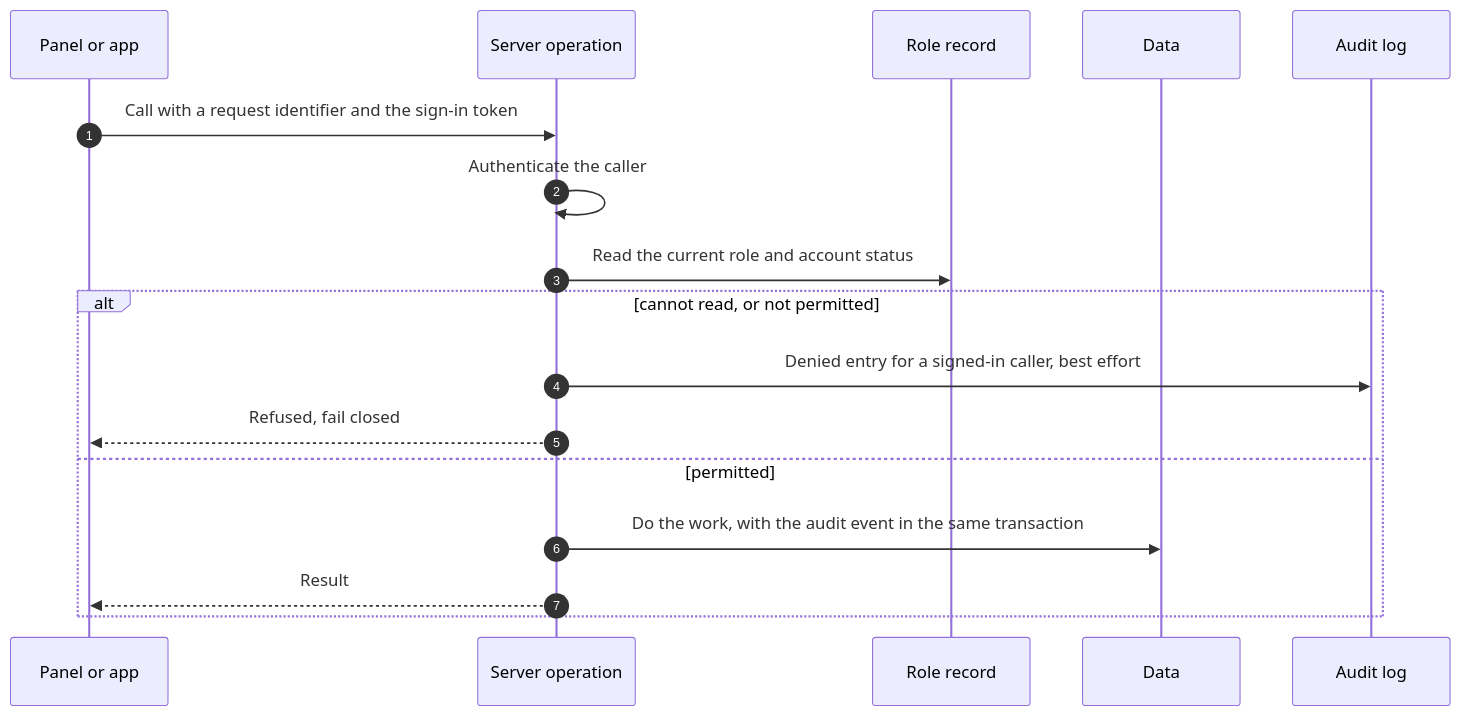
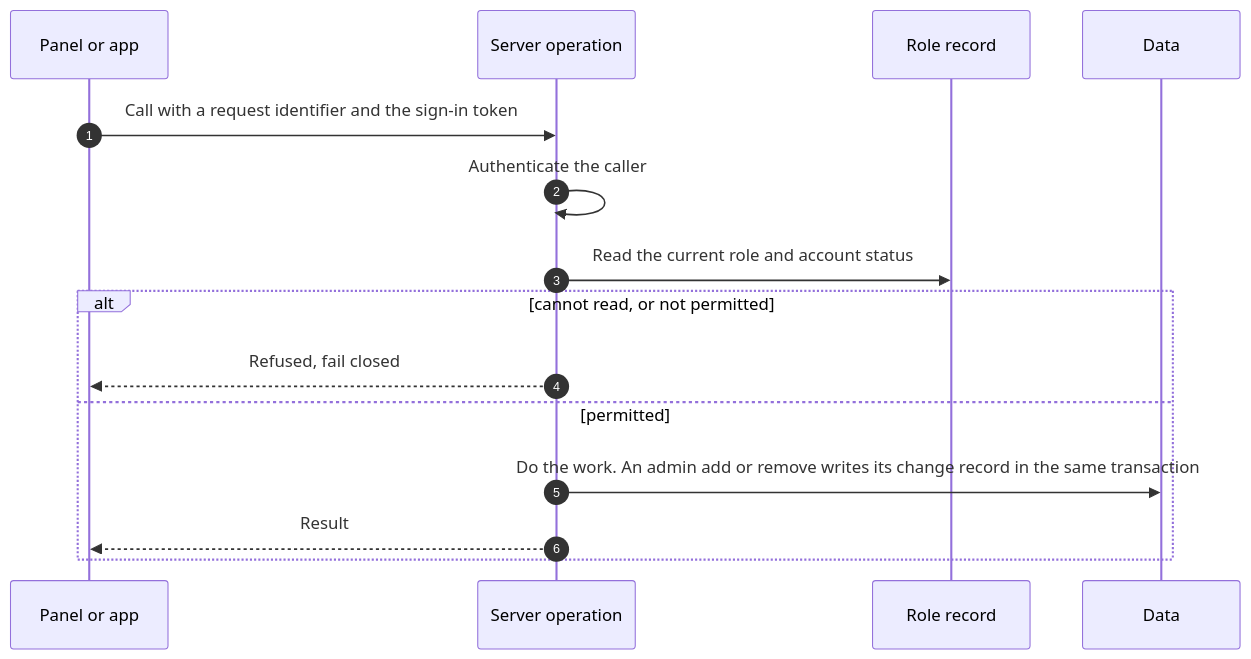
Before and after one commit to sanikaattarde/Metal-Forming-World-MFW-: the first of 2 diagrams in Documentation/API_AND_BACKEND_CONTRACT.md, drawn with Mermaid. The commit also changed other lines of this file and 20 other files, not shown here.

````diff
--- a/Documentation/API_AND_BACKEND_CONTRACT.md
+++ b/Documentation/API_AND_BACKEND_CONTRACT.md
@@ -107,19 +106,17 @@
 ```mermaid
 sequenceDiagram
   autonumber
   participant C as Panel or app
   participant F as Server operation
   participant R as Role record
   participant D as Data
-  participant A as Audit log
   C->>F: Call with a request identifier and the sign-in token
   F->>F: Authenticate the caller
   F->>R: Read the current role and account status
   alt cannot read, or not permitted
-    F->>A: Denied entry for a signed-in caller, best effort
     F-->>C: Refused, fail closed
   else permitted
-    F->>D: Do the work, with the audit event in the same transaction
+    F->>D: Do the work. An admin add or remove writes its change record in the same transaction
     F-->>C: Result
   end
 ```
````
